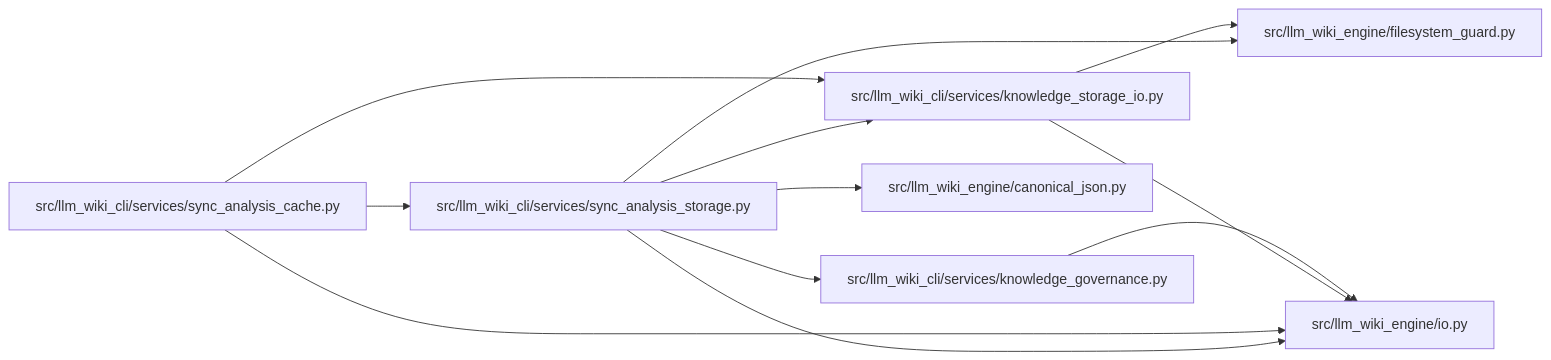
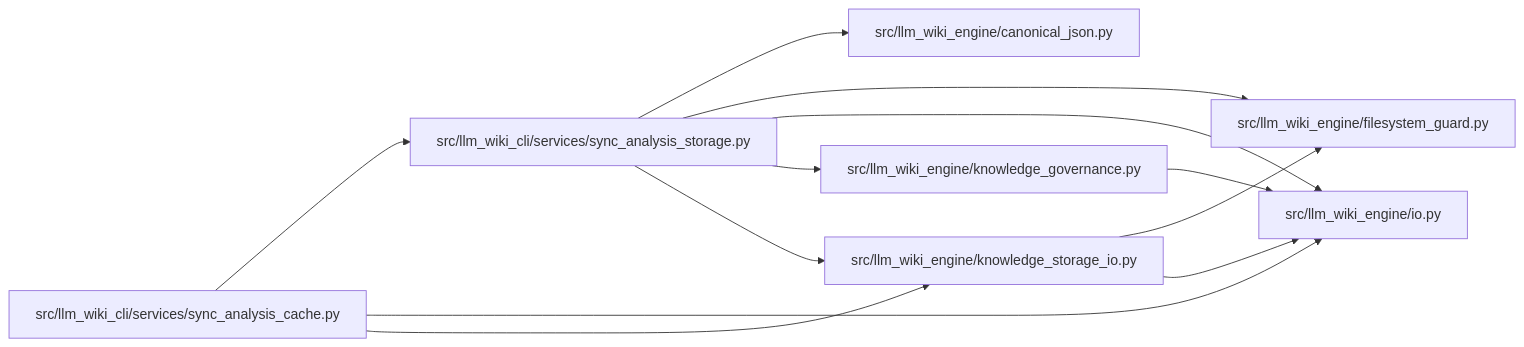
The diagram in docs/llm_wiki/modules/sync_analysis_storage.md (Denissvgn/python-wiki-llm), drawn with Mermaid before and after one commit. The commit also changed other lines of this file and 1058 other files, not shown here.

First line of the commit message:
docs: refresh the wiki for the knowledge store move

````diff
--- a/docs/llm_wiki/modules/sync_analysis_storage.md
+++ b/docs/llm_wiki/modules/sync_analysis_storage.md
@@ -28,28 +28,28 @@
 ```mermaid
 flowchart LR
-    n0["src/llm_wiki_cli/services/knowledge_governance.py"]
-    n1["src/llm_wiki_cli/services/knowledge_storage_io.py"]
-    n2["src/llm_wiki_cli/services/sync_analysis_cache.py"]
-    n3["src/llm_wiki_cli/services/sync_analysis_storage.py"]
-    n4["src/llm_wiki_engine/canonical_json.py"]
-    n5["src/llm_wiki_engine/filesystem_guard.py"]
-    n6["src/llm_wiki_engine/io.py"]
+    n0["src/llm_wiki_cli/services/sync_analysis_cache.py"]
+    n1["src/llm_wiki_cli/services/sync_analysis_storage.py"]
+    n2["src/llm_wiki_engine/canonical_json.py"]
+    n3["src/llm_wiki_engine/filesystem_guard.py"]
+    n4["src/llm_wiki_engine/io.py"]
+    n5["src/llm_wiki_engine/knowledge_governance.py"]
+    n6["src/llm_wiki_engine/knowledge_storage_io.py"]
+    n0 --> n1
+    n0 --> n4
     n0 --> n6
+    n1 --> n2
+    n1 --> n3
+    n1 --> n4
     n1 --> n5
     n1 --> n6
-    n2 --> n1
-    n2 --> n3
-    n2 --> n6
-    n3 --> n0
-    n3 --> n1
-    n3 --> n4
-    n3 --> n5
-    n3 --> n6
-    click n0 "../modules/knowledge_governance.md"
-    click n1 "../modules/knowledge_storage_io.md"
-    click n2 "../modules/sync_analysis_cache.md"
-    click n3 "../modules/sync_analysis_storage.md"
-    click n4 "../modules/canonical_json.md"
-    click n5 "../modules/filesystem_guard.md"
-    click n6 "../modules/io.md"
+    n5 --> n4
+    n6 --> n3
+    n6 --> n4
+    click n0 "../modules/sync_analysis_cache.md"
+    click n1 "../modules/sync_analysis_storage.md"
+    click n2 "../modules/canonical_json.md"
+    click n3 "../modules/filesystem_guard.md"
+    click n4 "../modules/io.md"
+    click n5 "../modules/knowledge_governance.md"
+    click n6 "../modules/knowledge_storage_io.md"
 ```
````
